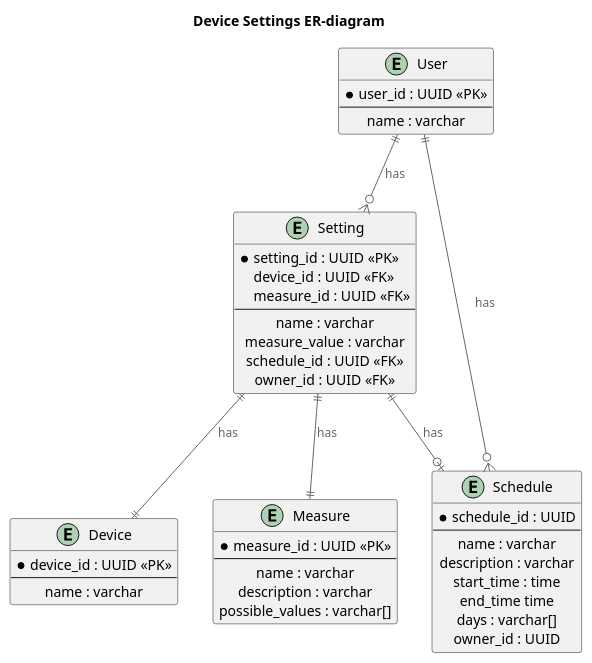
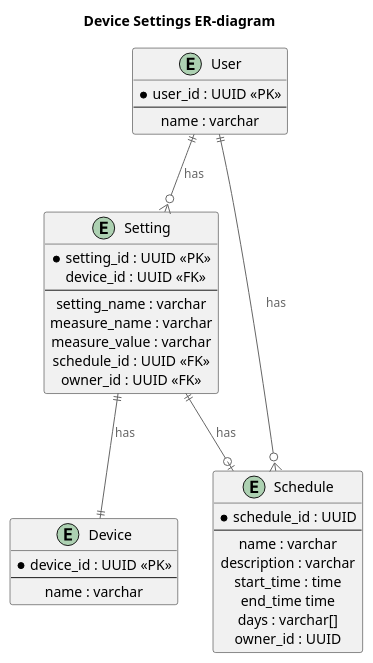
Before and after one commit to a-gataullin/architecture-sprint-3: the diagram in er-device-settings.puml, drawn with PlantUML. The commit also changed 301 other files, not shown here.

```diff
--- a/er-device-settings.puml
+++ b/er-device-settings.puml
@@ -1,56 +1,47 @@
 @startuml er-devices-settings
 title Device Settings ER-diagram
 
 top to bottom direction
 
 !includeurl https://raw.githubusercontent.com/RicardoNiepel/C4-PlantUML/master/C4_Component.puml
 
 entity User {
   * user_id : UUID <<PK>>
   --
   name : varchar
 }
 
 entity Device {
   * device_id : UUID <<PK>>
   --
   name : varchar
 }
 
 entity Setting {
   * setting_id : UUID <<PK>>
   device_id : UUID <<FK>>
-  measure_id : UUID <<FK>>
   --
-  name : varchar
+  setting_name : varchar
+  measure_name : varchar
   measure_value : varchar
   schedule_id : UUID <<FK>>
   owner_id : UUID <<FK>>
-}
-
-entity Measure {
-    * measure_id : UUID <<PK>>
-    --
-    name : varchar
-    description : varchar
-    possible_values : varchar[]
 }
 
 entity Schedule {
     * schedule_id : UUID 
     --
     name : varchar
     description : varchar
     start_time : time
     end_time time
     days : varchar[]
     owner_id : UUID
 }
 
 User ||--o{ Setting : "has"
 Setting ||--|| Device : "has"
 Setting ||--o| Schedule : "has"
-Setting ||--|| Measure : "has"
 User ||--o{ Schedule : "has"
 
 @enduml
```
